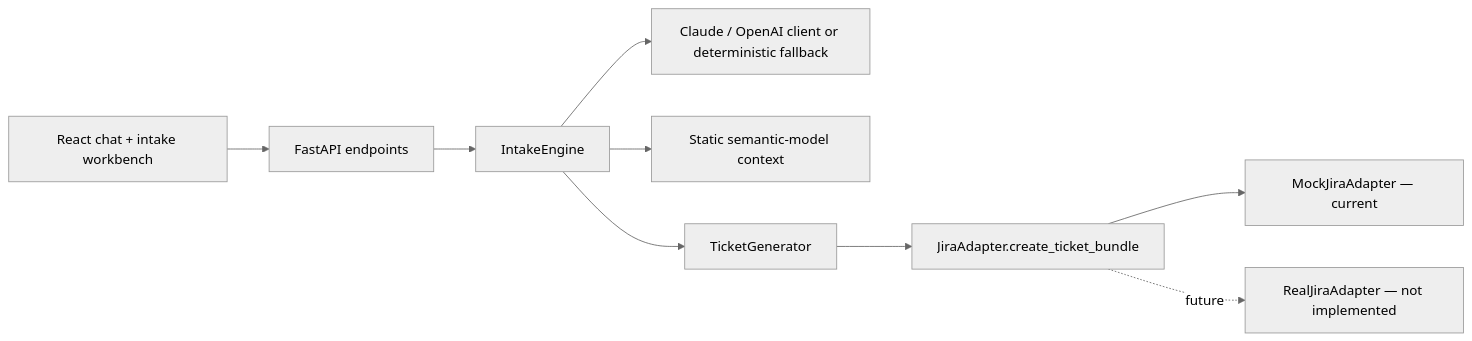
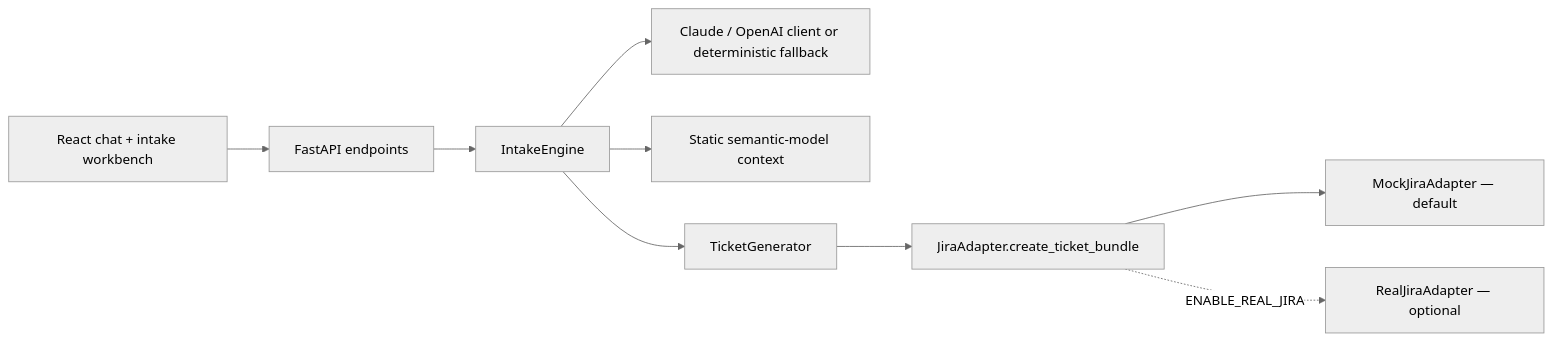
The diagram in README.md (sonoko0404/zz-capstone), drawn with Mermaid (neutral theme) before and after one commit. The commit also changed other lines of this file and 10 other files, not shown here.

````diff
--- a/README.md
+++ b/README.md
@@ -29,11 +29,11 @@
 ```mermaid
 flowchart LR
     UI["React chat + intake workbench"] --> API["FastAPI endpoints"]
     API --> ENGINE["IntakeEngine"]
     ENGINE --> LLM["Claude / OpenAI client or deterministic fallback"]
     ENGINE --> KB["Static semantic-model context"]
     ENGINE --> GENERATOR["TicketGenerator"]
     GENERATOR --> CONTRACT["JiraAdapter.create_ticket_bundle"]
-    CONTRACT --> MOCK["MockJiraAdapter — current"]
-    CONTRACT -. future .-> REAL["RealJiraAdapter — not implemented"]
+    CONTRACT --> MOCK["MockJiraAdapter — default"]
+    CONTRACT -. ENABLE_REAL_JIRA .-> REAL["RealJiraAdapter — optional"]
 ```
````
